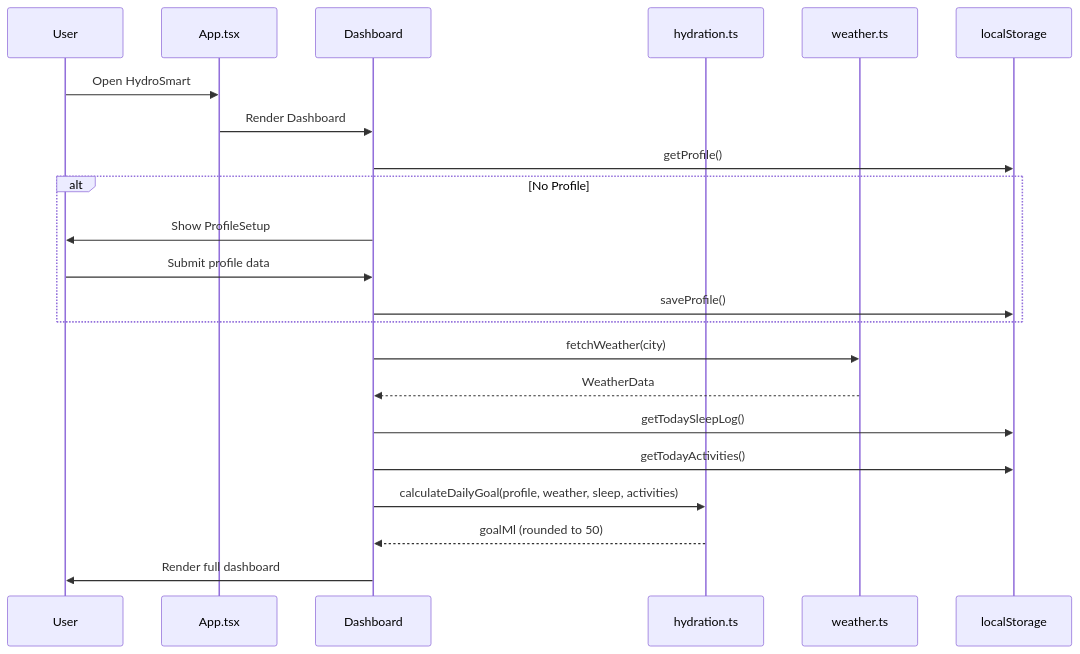
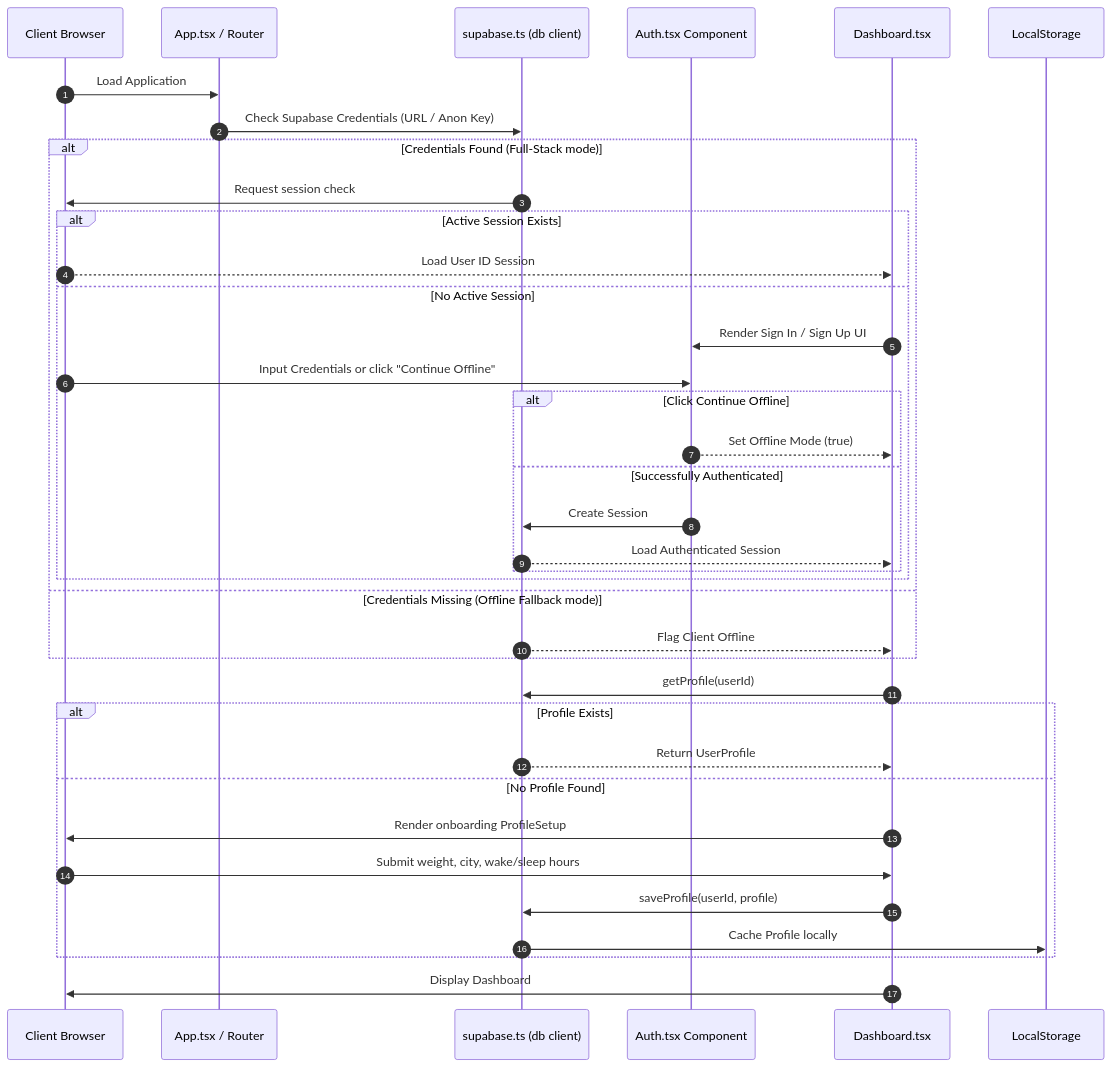
The first of 3 diagrams in README.md (ramalokeshreddyp/hydrosmart-ai), drawn with Mermaid before and after one commit. The commit also changed other lines of this file and 4 other files, not shown here.

````diff
--- a/README.md
+++ b/README.md
@@ -147,25 +144,41 @@
 ```mermaid
 sequenceDiagram
-    participant U as User
-    participant A as App.tsx
-    participant D as Dashboard
-    participant H as hydration.ts
-    participant W as weather.ts
-    participant LS as localStorage
+    autonumber
+    participant User as Client Browser
+    participant App as App.tsx / Router
+    participant DB as supabase.ts (db client)
+    participant Auth as Auth.tsx Component
+    participant Dash as Dashboard.tsx
+    participant LS as LocalStorage
 
-    U->>A: Open HydroSmart
-    A->>D: Render Dashboard
-    D->>LS: getProfile()
-    alt No Profile
-        D->>U: Show ProfileSetup
-        U->>D: Submit profile data
-        D->>LS: saveProfile()
+    User->>App: Load Application
+    App->>DB: Check Supabase Credentials (URL / Anon Key)
+    alt Credentials Found (Full-Stack mode)
+        DB->>User: Request session check
+        alt Active Session Exists
+            User-->>Dash: Load User ID Session
+        else No Active Session
+            Dash->>Auth: Render Sign In / Sign Up UI
+            User->>Auth: Input Credentials or click "Continue Offline"
+            alt Click Continue Offline
+                Auth-->>Dash: Set Offline Mode (true)
+            else Successfully Authenticated
+                Auth->>DB: Create Session
+                DB-->>Dash: Load Authenticated Session
+            end
+        end
+    else Credentials Missing (Offline Fallback mode)
+        DB-->>Dash: Flag Client Offline
     end
-    D->>W: fetchWeather(city)
-    W-->>D: WeatherData
-    D->>LS: getTodaySleepLog()
-    D->>LS: getTodayActivities()
-    D->>H: calculateDailyGoal(profile, weather, sleep, activities)
-    H-->>D: goalMl (rounded to 50)
-    D->>U: Render full dashboard
+
+    Dash->>DB: getProfile(userId)
+    alt Profile Exists
+        DB-->>Dash: Return UserProfile
+    else No Profile Found
+        Dash->>User: Render onboarding ProfileSetup
+        User->>Dash: Submit weight, city, wake/sleep hours
+        Dash->>DB: saveProfile(userId, profile)
+        DB->>LS: Cache Profile locally
+    end
+    Dash->>User: Display Dashboard
 ```
````
